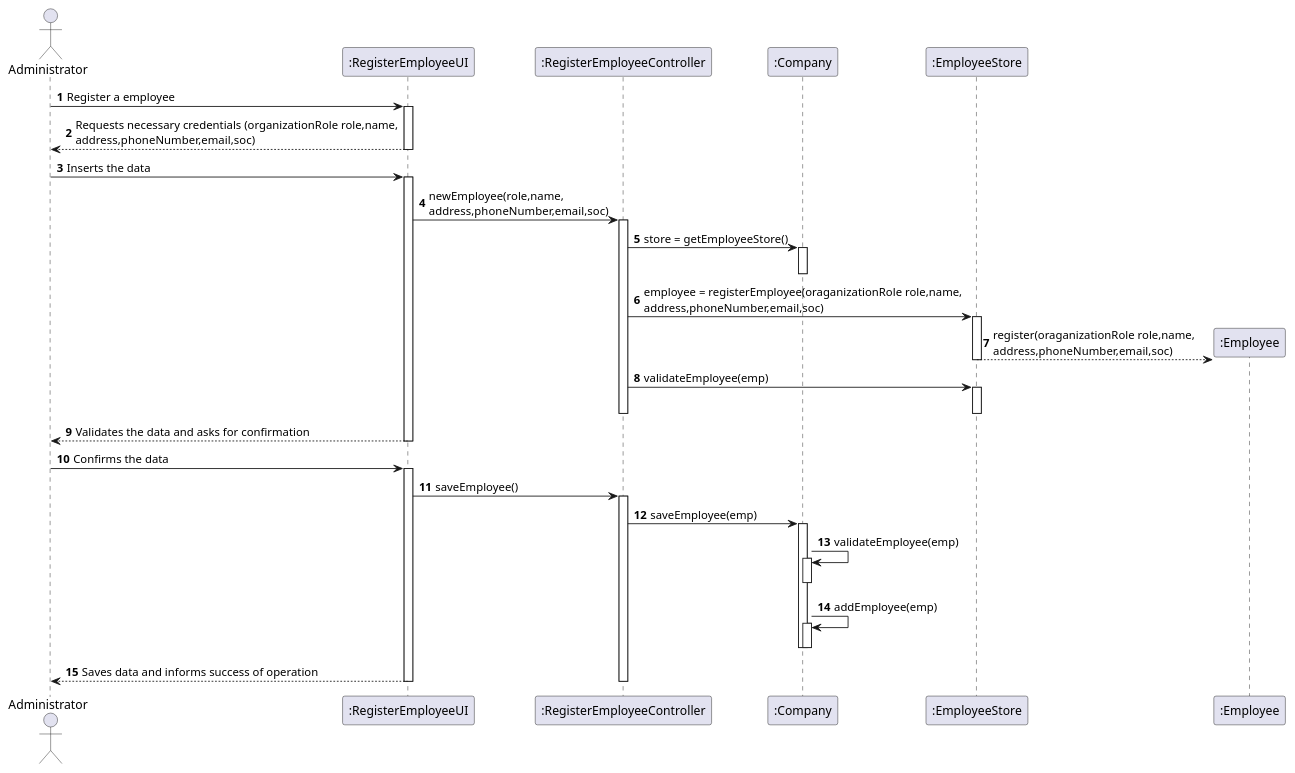
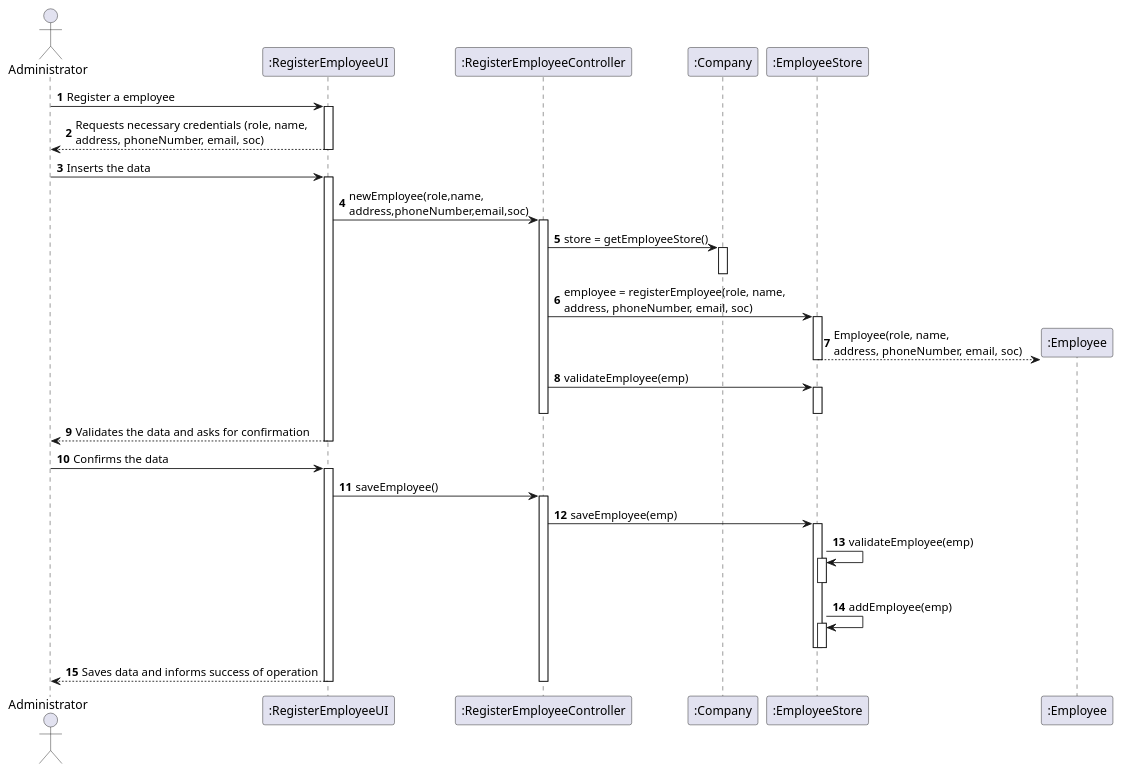
Before and after one commit to GuilhermeCunha79/lapr2: the diagram in docs/SprintB/UC7/UC7_SD.puml, drawn with PlantUML. The commit also changed 2 other files, not shown here.

Commit message:
[US7] Commit introduces changes to some diagrams of the US7

```diff
--- a/docs/SprintB/UC7/UC7_SD.puml
+++ b/docs/SprintB/UC7/UC7_SD.puml
@@ -1,60 +1,60 @@
 @startuml
 autonumber
-'hide footbox
+
 actor "Administrator" as ADMIN
 
 participant ":RegisterEmployeeUI" as UI
 participant ":RegisterEmployeeController" as CTRL
 participant ":Company" as COMP
 participant ":EmployeeStore" as EMPS
 participant ":Employee" as EMP
 
 
 ADMIN -> UI : Register a employee
 activate UI
-    UI --> ADMIN : Requests necessary credentials (organizationRole role,name,\naddress,phoneNumber,email,soc)
+    UI --> ADMIN : Requests necessary credentials (role, name,\naddress, phoneNumber, email, soc)
 deactivate UI
 
 ADMIN -> UI : Inserts the data
 activate UI
 UI -> CTRL : newEmployee(role,name,\naddress,phoneNumber,email,soc)
     activate CTRL
         CTRL -> COMP : store = getEmployeeStore()
         activate COMP
         deactivate COMP
-        CTRL -> EMPS : employee = registerEmployee(oraganizationRole role,name,\naddress,phoneNumber,email,soc)
+        CTRL -> EMPS : employee = registerEmployee(role, name,\naddress, phoneNumber, email, soc)
                 activate EMPS
-                    EMPS --> EMP** : register(oraganizationRole role,name,\naddress,phoneNumber,email,soc)
+                    EMPS --> EMP** : Employee(role, name,\naddress, phoneNumber, email, soc)
                 deactivate EMPS
                 CTRL -> EMPS : validateEmployee(emp)
                 activate EMPS
                 deactivate EMPS
     deactivate CTRL
     UI --> ADMIN : Validates the data and asks for confirmation
 deactivate UI
 
 ADMIN -> UI : Confirms the data
 activate UI
 
     UI -> CTRL : saveEmployee()
 
 activate CTRL
-    CTRL -> COMP : saveEmployee(emp)
+    CTRL -> EMPS : saveEmployee(emp)
 
-activate COMP
 
-    COMP -> COMP : validateEmployee(emp)
-    activate COMP
-    deactivate COMP
-    COMP -> COMP : addEmployee(emp)
-    activate COMP
-    deactivate COMP
-    deactivate COMP
+activate EMPS
+    EMPS -> EMPS : validateEmployee(emp)
+    activate EMPS
+    deactivate EMPS
+    EMPS -> EMPS : addEmployee(emp)
+    activate EMPS
+    deactivate EMPS
+deactivate EMPS
 
 
 UI --> ADMIN : Saves data and informs success of operation
 deactivate COMP
 deactivate UI
 deactivate CTRL
 
 @enduml
```
